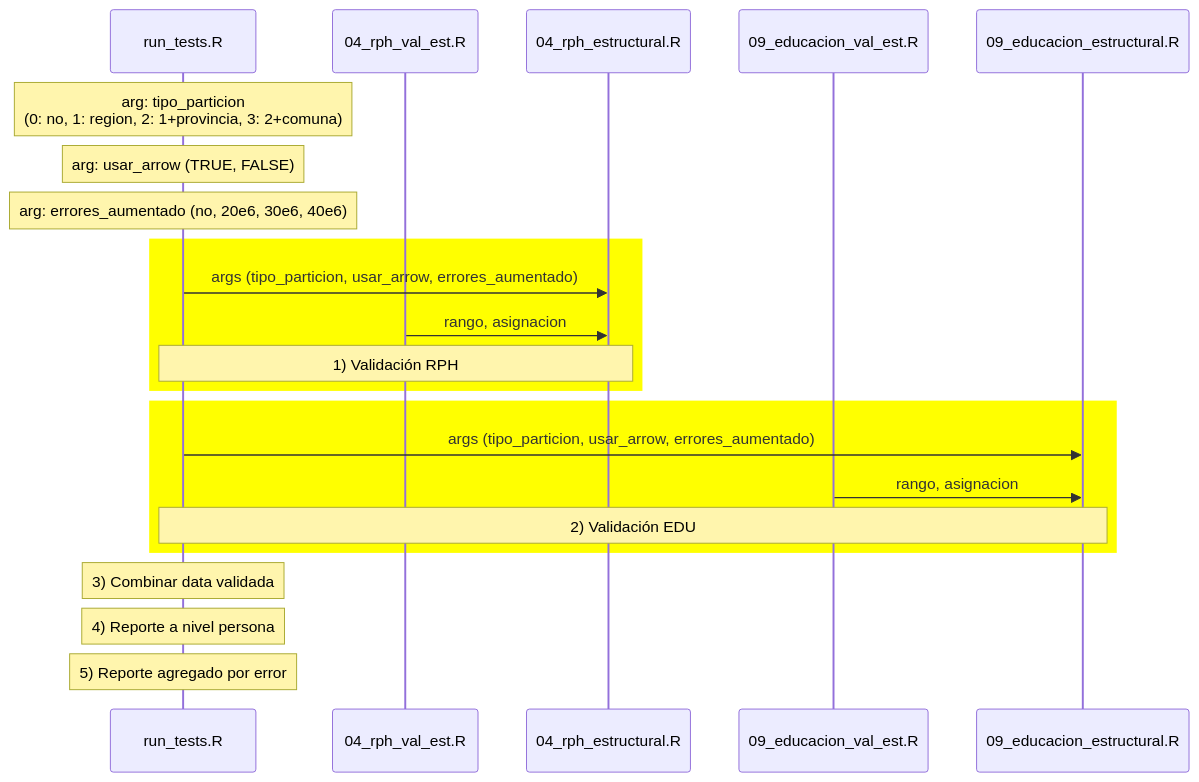
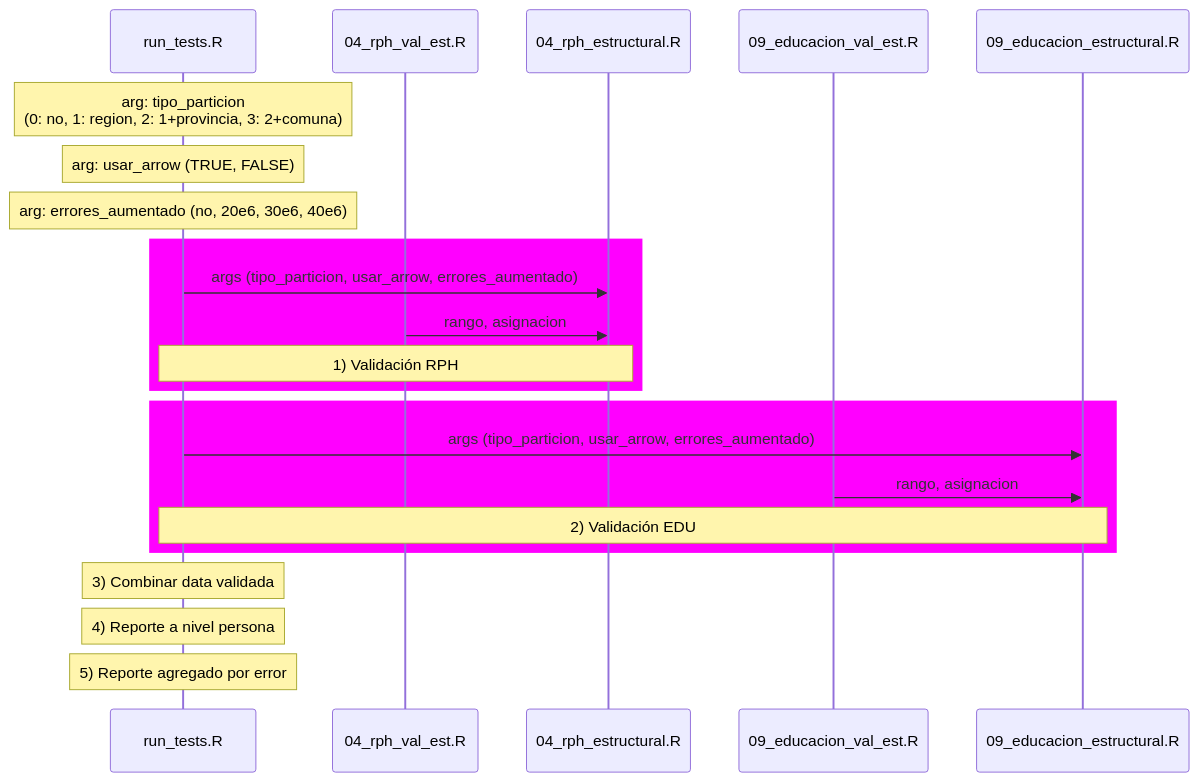
Before and after one commit to mentoria-censo/eficiencia-censo-validacion: the diagram in README.md, drawn with Mermaid.

Commit message:
se actualizó README

````diff
--- a/README.md
+++ b/README.md
@@ -22,24 +22,24 @@
 ```mermaid
 sequenceDiagram
   participant run as run_tests.R
   participant rph_val as 04_rph_val_est.R  
   participant rph as 04_rph_estructural.R
   participant edu_val as 09_educacion_val_est.R  
   participant edu as 09_educacion_estructural.R
   Note over run: arg: tipo_particion <br> (0: no, 1: region, 2: 1+provincia, 3: 2+comuna) 
   Note over run: arg: usar_arrow (TRUE, FALSE)
   Note over run: arg: errores_aumentado (no, 20e6, 30e6, 40e6)
-  rect rgb(255,255,0)
+  rect rgb(255,0,255)
   run ->> rph: args (tipo_particion, usar_arrow, errores_aumentado)
   rph_val ->> rph: rango, asignacion
   Note over run,rph: 1) Validación RPH
   end
-  rect rgb(255,255,0)
+  rect rgb(255,0,255)
   run ->> edu: args (tipo_particion, usar_arrow, errores_aumentado)
   edu_val ->> edu: rango, asignacion
   Note over run,edu: 2) Validación EDU  
   end
   Note over run: 3) Combinar data validada
   Note over run: 4) Reporte a nivel persona
   Note over run: 5) Reporte agregado por error      
 ```
````
